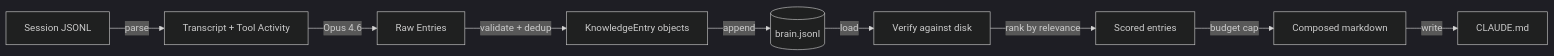
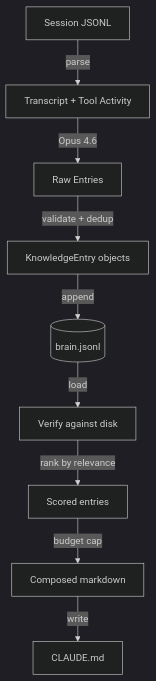
One commit to pkmdev-sec/engram changed the first of 2 diagrams in README.md. Above: the diagram before and after it, drawn with Mermaid (dark theme). The commit also changed other lines of this file, not shown here.

First line of the commit message:
docs: make pipeline diagrams vertical for better readability

````diff
--- a/README.md
+++ b/README.md
@@ -21,12 +38,11 @@
 ```mermaid
-graph LR
+graph TD
     A[Session JSONL] -->|parse| B[Transcript + Tool Activity]
     B -->|Opus 4.6| C[Raw Entries]
     C -->|validate + dedup| D[KnowledgeEntry objects]
     D -->|append| E[(brain.jsonl)]
-
     E -->|load| F[Verify against disk]
     F -->|rank by relevance| G[Scored entries]
     G -->|budget cap| H[Composed markdown]
     H -->|write| I[CLAUDE.md]
 ```
````
